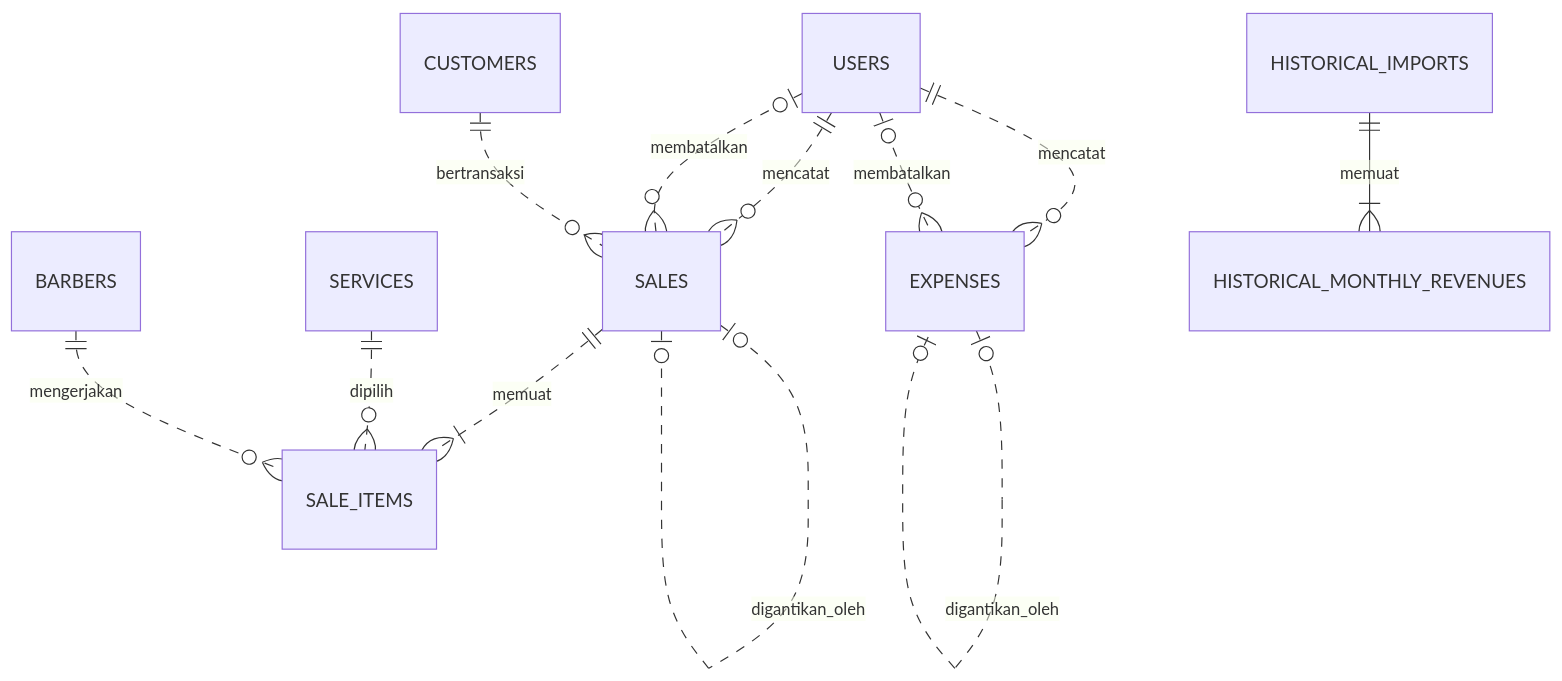
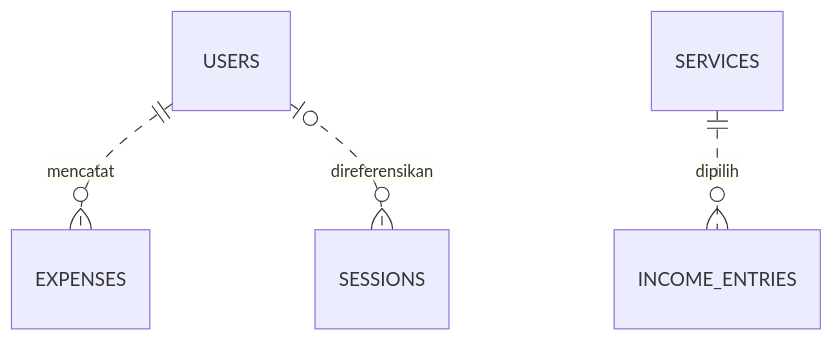
The diagram in docs/pengerjaan-sistem/Desain-Database-MySQL-Barbershop.md (MfuatH/SISTEM-MANAJEMEN-OPERASIONAL-BARBERSHOP), drawn with Mermaid before and after one commit. The commit also changed other lines of this file and 4 other files, not shown here.

````diff
--- a/docs/pengerjaan-sistem/Desain-Database-MySQL-Barbershop.md
+++ b/docs/pengerjaan-sistem/Desain-Database-MySQL-Barbershop.md
@@ -23,14 +9,6 @@
 ```mermaid
 erDiagram
-    USERS ||..o{ SALES : mencatat
-    USERS |o..o{ SALES : membatalkan
-    CUSTOMERS ||..o{ SALES : bertransaksi
-    SALES ||..|{ SALE_ITEMS : memuat
-    SERVICES ||..o{ SALE_ITEMS : dipilih
-    BARBERS ||..o{ SALE_ITEMS : mengerjakan
-    SALES |o..o| SALES : digantikan_oleh
     USERS ||..o{ EXPENSES : mencatat
-    USERS |o..o{ EXPENSES : membatalkan
-    EXPENSES |o..o| EXPENSES : digantikan_oleh
-    HISTORICAL_IMPORTS ||--|{ HISTORICAL_MONTHLY_REVENUES : memuat
+    USERS |o..o{ SESSIONS : direferensikan
+    SERVICES ||..o{ INCOME_ENTRIES : dipilih
 ```
````
